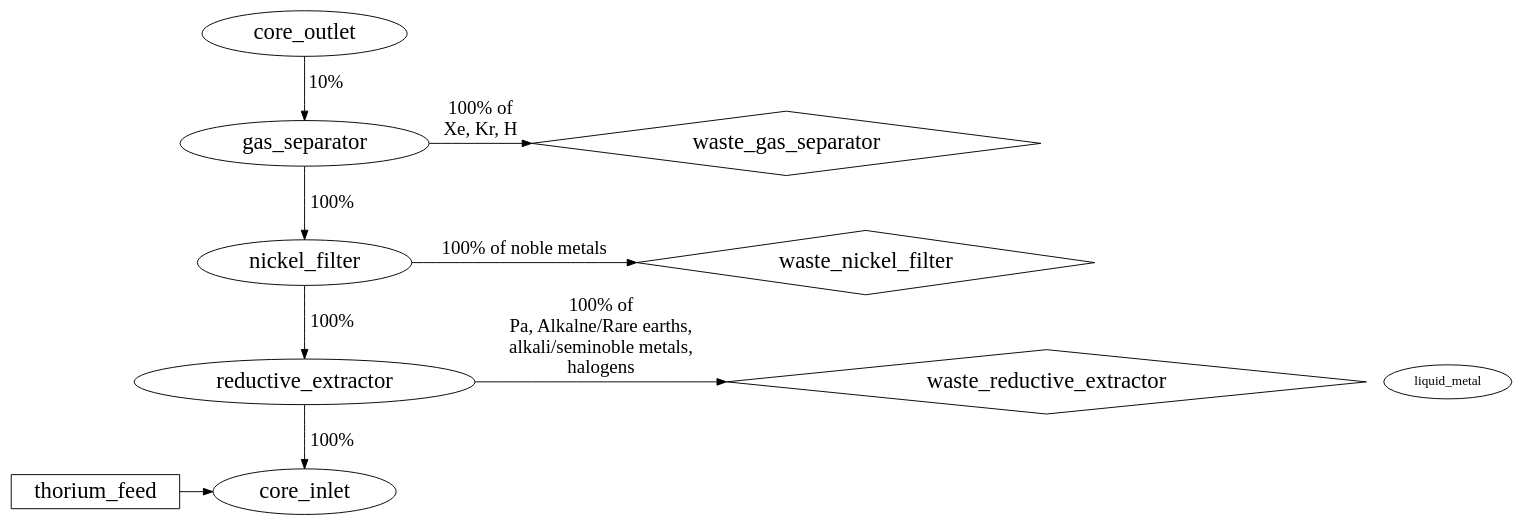
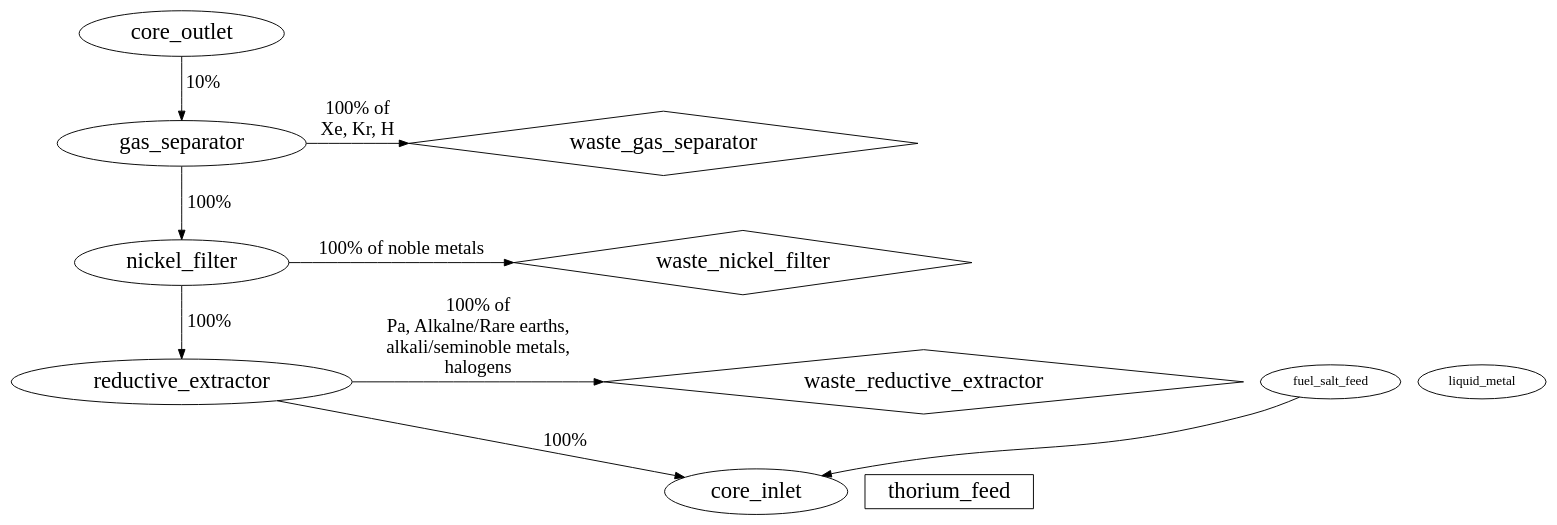
One commit to arfc/2022-yardas-ms changed the diagram in model/msbr.dot. Above: the diagram before and after it, drawn with Graphviz. The commit also changed 49 other files, not shown here.

```diff
--- a/model/msbr.dot
+++ b/model/msbr.dot
@@ -1,58 +1,58 @@
 digraph fuel {  /* The name of directed graph must match name of material
 
 Structure of the reprocessing system described using DOT language:
 https://en.wikipedia.org/wiki/DOT_(graph_description_language)
 Parameter 'label' and 'fontsize' are needed for nice plotting.
 Mass flow rate, extraction efficiency and list of elements for removing must be
 specified in the 'input.proccess' file
 This DOT file can be also using for reprocessing scheme visualization:
 http://www.webgraphviz.com/
 */
 # ==============================================================================
   core_outlet -> gas_separator [label="10%", fontsize=20]
   gas_separator -> waste_gas_separator [label="100% of\nXe, Kr, H", fontsize=20]
   gas_separator -> nickel_filter [label="100%", fontsize=20]
   nickel_filter -> waste_nickel_filter [label="100% of noble metals", fontsize=20]
   nickel_filter -> reductive_extractor [label="100%", fontsize=20]
   reductive_extractor -> waste_reductive_extractor [label="100% of\nPa, Alkalne/Rare earths,\nalkali/seminoble metals,\nhalogens", fontsize=20]
   reductive_extractor -> core_inlet [label="100%", fontsize=20]
-  thorium_feed -> core_inlet
+  fuel_salt_feed -> core_inlet
 # ==============================================================================
 # Optional parameters to obtain pretty plots
 # Section only needed to have 'waste' blocks on level with process
   subgraph separ {
     rank=same
     gas_separator
     waste_gas_separator
   }
 
   subgraph ni {
     rank=same
     nickel_filter
     waste_nickel_filter
   }
 
   subgraph re {
     rank=same
     liquid_metal
     reductive_extractor
     waste_reductive_extractor
   }
 
   subgraph feed {
     rank=same
     thorium_feed
     core_inlet
   }
 # Section only needed to change font of the text and specify shapes of blocks
   waste_gas_separator [shape=diamond, fontsize=24]
   waste_nickel_filter [shape=diamond, fontsize=24]
   waste_reductive_extractor [shape=diamond, fontsize=24]
   thorium_feed [shape=box, fontsize=24]
 
   core_outlet [fontsize=24]
   gas_separator [fontsize=24]
   nickel_filter [fontsize=24]
   reductive_extractor [fontsize=24]
   core_inlet [fontsize=24]
 }
```
